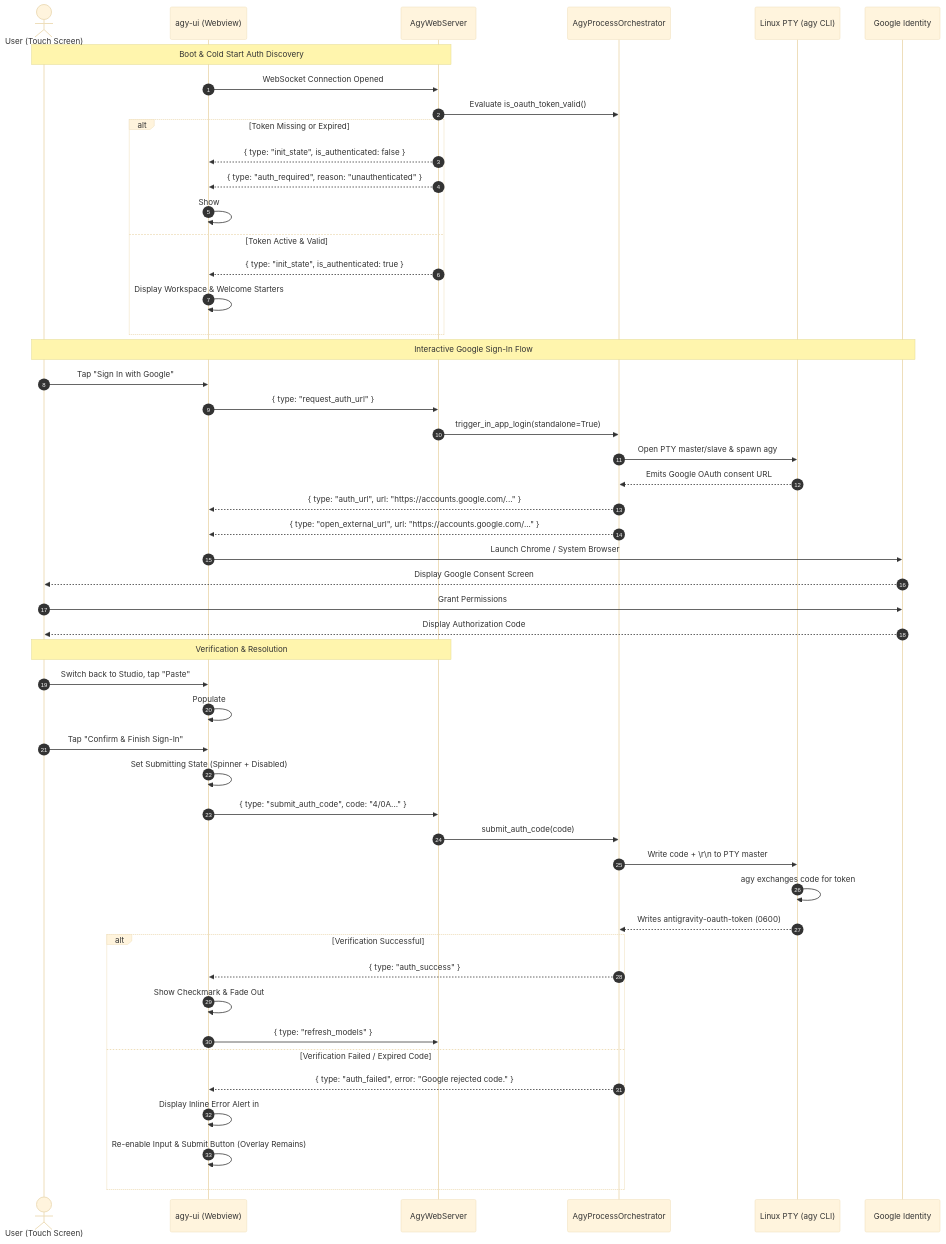
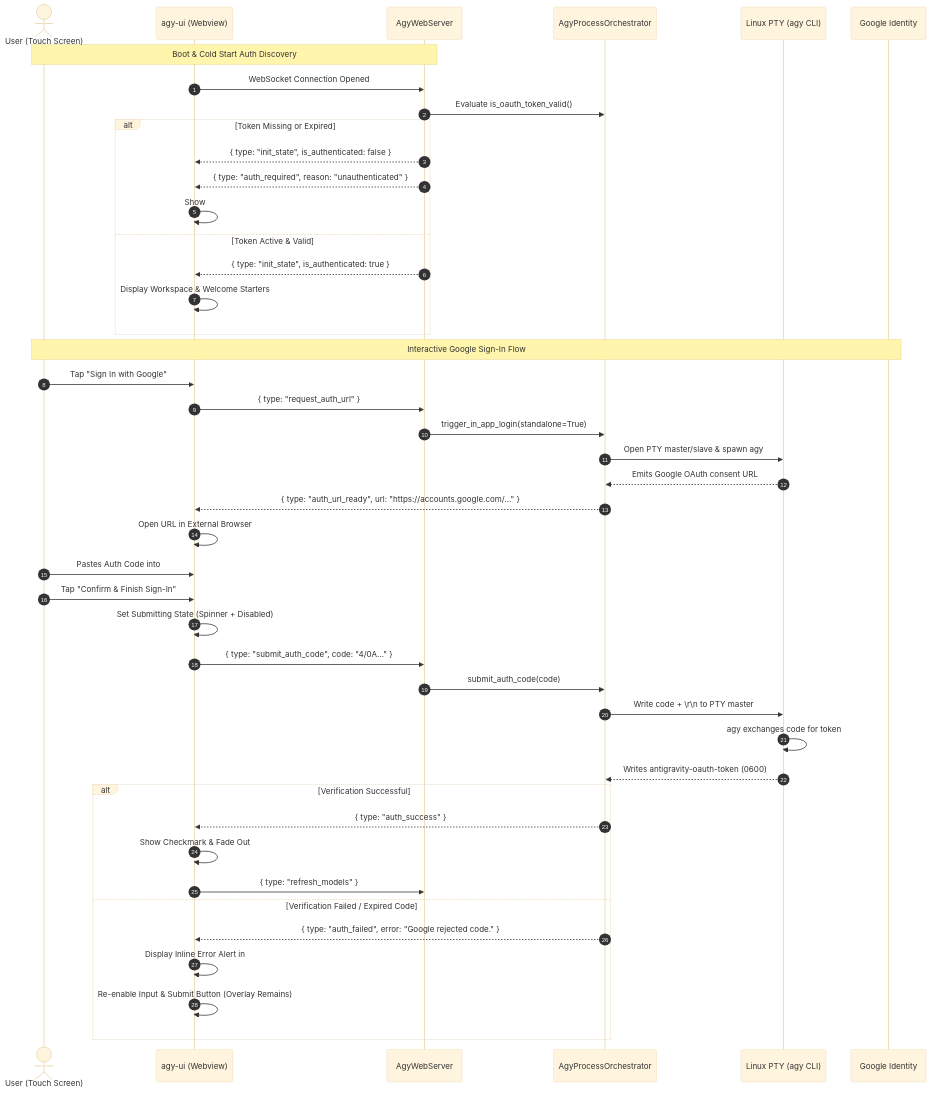
The diagram in specs/v1.6.1/OVERVIEW_AND_IMPLEMENTATION_GUIDE.md (MisterMoeGreen/Antigravity-Studio-App), drawn with Mermaid (base theme) before and after one commit. The commit also changed other lines of this file and 9 other files, not shown here.

Commit message:
fix(auth): resolve OAuth browser launch, PTY leak defense, and latency in v1.6.2

````diff
--- a/specs/v1.6.1/OVERVIEW_AND_IMPLEMENTATION_GUIDE.md
+++ b/specs/v1.6.1/OVERVIEW_AND_IMPLEMENTATION_GUIDE.md
@@ -54,55 +54,48 @@
 ```mermaid
 sequenceDiagram
     autonumber
     actor User as User (Touch Screen)
     participant UI as agy-ui (Webview)
     participant Srv as AgyWebServer
     participant Orch as AgyProcessOrchestrator
     participant PTY as Linux PTY (agy CLI)
     participant Google as Google Identity
 
     Note over User,Srv: Boot & Cold Start Auth Discovery
     UI->>Srv: WebSocket Connection Opened
     Srv->>Orch: Evaluate is_oauth_token_valid()
     alt Token Missing or Expired
         Srv-->>UI: { type: "init_state", is_authenticated: false }
         Srv-->>UI: { type: "auth_required", reason: "unauthenticated" }
         UI->>UI: Show #loginOverlay (Z-index: 9999)
     else Token Active & Valid
         Srv-->>UI: { type: "init_state", is_authenticated: true }
         UI->>UI: Display Workspace & Welcome Starters
     end
 
     Note over User,Google: Interactive Google Sign-In Flow
     User->>UI: Tap "Sign In with Google"
     UI->>Srv: { type: "request_auth_url" }
     Srv->>Orch: trigger_in_app_login(standalone=True)
     Orch->>PTY: Open PTY master/slave & spawn agy
     PTY-->>Orch: Emits Google OAuth consent URL
-    Orch-->>UI: { type: "auth_url", url: "https://accounts.google.com/..." }
-    Orch-->>UI: { type: "open_external_url", url: "https://accounts.google.com/..." }
-    UI->>Google: Launch Chrome / System Browser
-    Google-->>User: Display Google Consent Screen
-    User->>Google: Grant Permissions
-    Google-->>User: Display Authorization Code
-
-    Note over User,Srv: Verification & Resolution
-    User->>UI: Switch back to Studio, tap "Paste"
-    UI->>UI: Populate #authCodeInput & Enable Submit Button
+    Orch-->>UI: { type: "auth_url_ready", url: "https://accounts.google.com/..." }
+    UI->>UI: Open URL in External Browser
+    User->>UI: Pastes Auth Code into #authCodeInput
     User->>UI: Tap "Confirm & Finish Sign-In"
     UI->>UI: Set Submitting State (Spinner + Disabled)
     UI->>Srv: { type: "submit_auth_code", code: "4/0A..." }
     Srv->>Orch: submit_auth_code(code)
     Orch->>PTY: Write code + \r\n to PTY master
     PTY->>PTY: agy exchanges code for token
     PTY-->>Orch: Writes antigravity-oauth-token (0600)
     alt Verification Successful
         Orch-->>UI: { type: "auth_success" }
         UI->>UI: Show Checkmark & Fade Out #loginOverlay
         UI->>Srv: { type: "refresh_models" }
     else Verification Failed / Expired Code
         Orch-->>UI: { type: "auth_failed", error: "Google rejected code." }
         UI->>UI: Display Inline Error Alert in #authAlert
         UI->>UI: Re-enable Input & Submit Button (Overlay Remains)
     end
 ```
````
